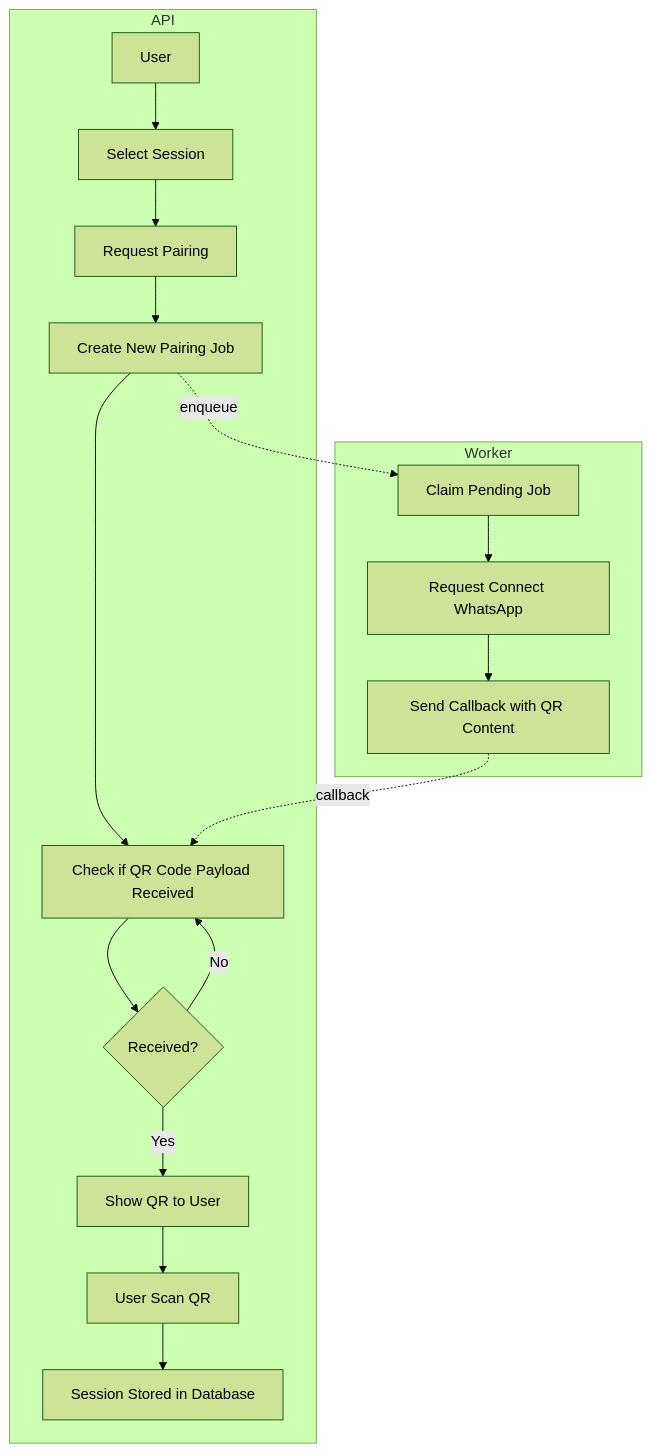
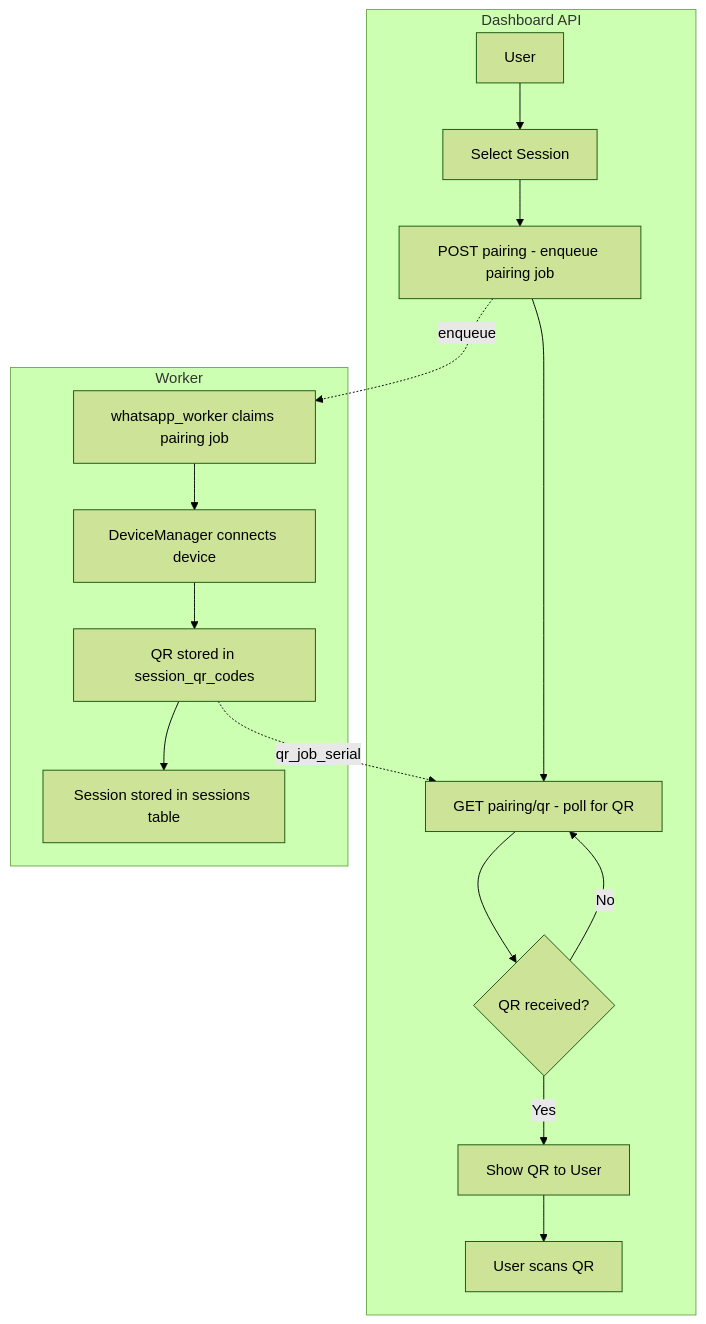
The second of 7 diagrams in docs/flow.md (nexusmsg/nexus-oss), drawn with Mermaid (forest theme) before and after one commit. The commit also changed other lines of this file and 10 other files, not shown here.

Commit message:
docs: update architecture and handoff records

````diff
--- a/docs/flow.md
+++ b/docs/flow.md
@@ -17,30 +21,25 @@
 ```mermaid
 flowchart TB
 
-subgraph API
-    A[User]
-    B[Select Session]
-    C[Request Pairing]
-    D[Create New Pairing Job]
-    E[Check if QR Code Payload Received]
-    F{Received?}
-    G[Show QR to User]
-    H[User Scan QR]
-    I[Session Stored in Database]
-
-    A --> B --> C --> D --> E --> F
+subgraph Dashboard API
+    A[User] --> B[Select Session]
+    B --> C[POST pairing - enqueue pairing job]
+    C --> E[GET pairing/qr - poll for QR]
+    E --> F{QR received?}
     F -- No --> E
-    F -- Yes --> G --> H --> I
+    F -- Yes --> G[Show QR to User]
+    G --> H[User scans QR]
 end
 
 subgraph Worker
-    W1[Claim Pending Job]
-    W2[Request Connect WhatsApp]
-    W3[Send Callback with QR Content]
+    W1[whatsapp_worker claims pairing job]
+    W2[DeviceManager connects device]
+    W3[QR stored in session_qr_codes]
+    W4[Session stored in sessions table]
 
-    W1 --> W2 --> W3
+    W1 --> W2 --> W3 --> W4
 end
 
-D -. enqueue .-> W1
-W3 -. callback .-> E
+C -. enqueue .-> W1
+W3 -. qr_job_serial .-> E
 ```
````
